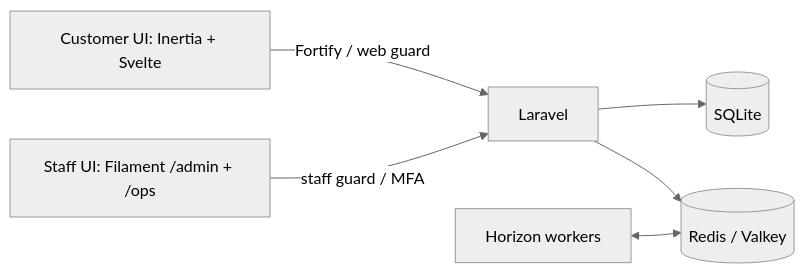
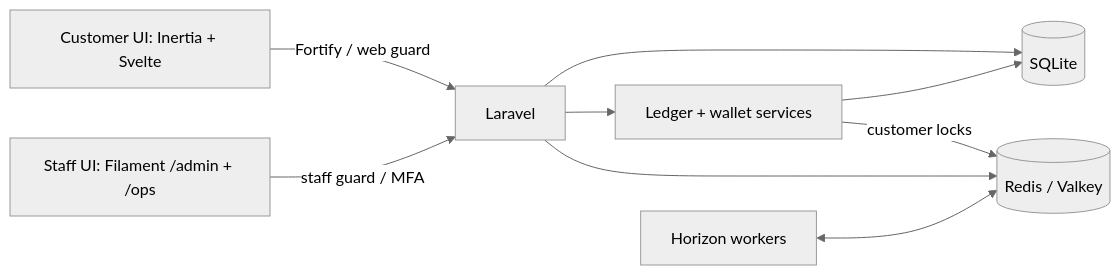
Before and after one commit to Nonines/ajo: the diagram in README.md, drawn with Mermaid (neutral theme). The commit also changed other lines of this file, not shown here.

Commit message:
docs: update README for ledger and wallet features

````diff
--- a/README.md
+++ b/README.md
@@ -36,8 +36,11 @@
 ```mermaid
 flowchart LR
     Customers["Customer UI: Inertia + Svelte"] -->|Fortify / web guard| Laravel["Laravel"]
     Staff["Staff UI: Filament /admin + /ops"] -->|staff guard / MFA| Laravel
+    Laravel --> Ledger["Ledger + wallet services"]
     Laravel --> SQLite[(SQLite)]
+    Ledger --> SQLite
+    Ledger -->|customer locks| Redis
     Laravel --> Redis[(Redis / Valkey)]
     Horizon["Horizon workers"] <--> Redis
 ```
````
